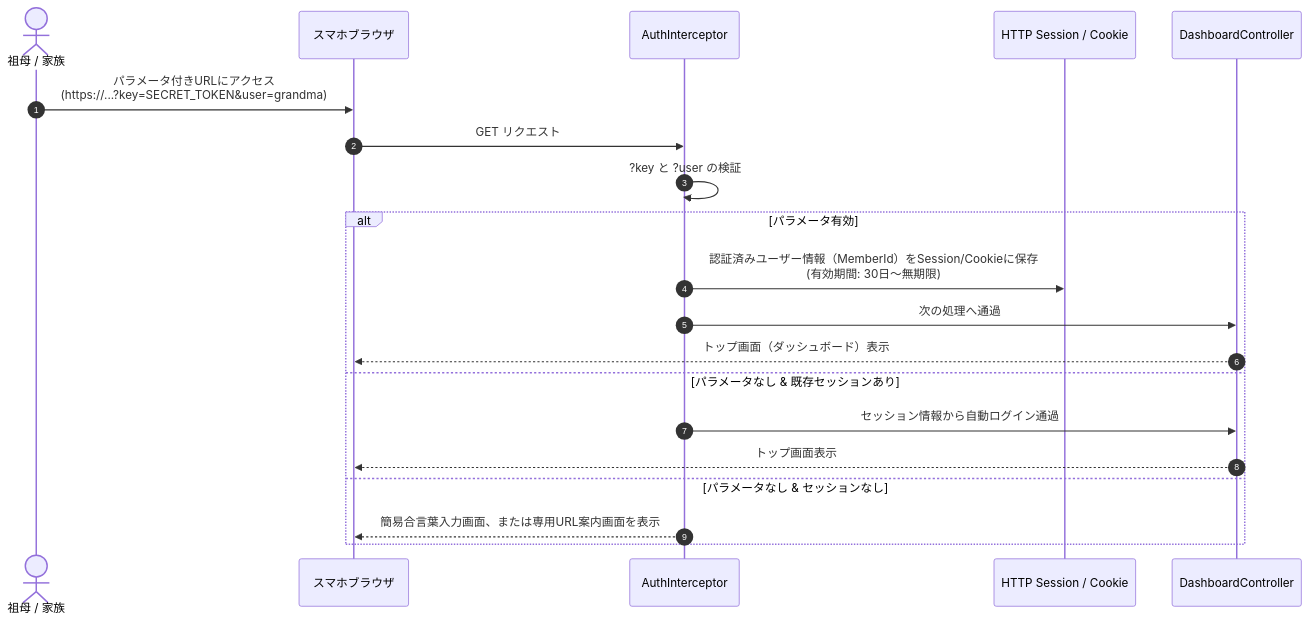
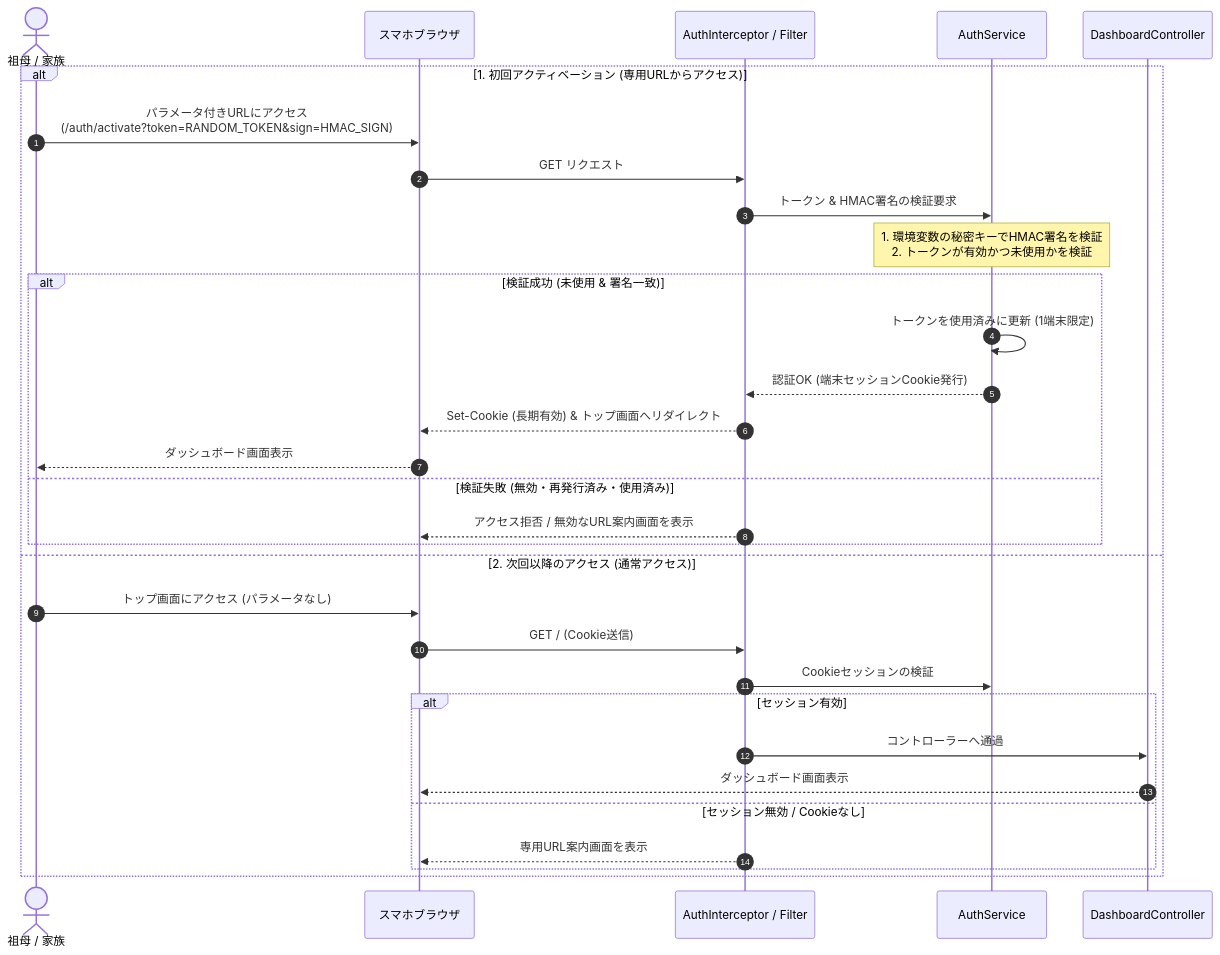
Before and after one commit to gantake11/rice-management: the second of 2 diagrams in doc/02_tech_stack/03_backend.md, drawn with Mermaid. The commit also changed other lines of this file and 3 other files, not shown here.

````diff
--- a/doc/02_tech_stack/03_backend.md
+++ b/doc/02_tech_stack/03_backend.md
@@ -85,23 +86,35 @@
 ```mermaid
 sequenceDiagram
     autonumber
     actor User as 祖母 / 家族
     participant Browser as スマホブラウザ
-    participant Interceptor as AuthInterceptor
-    participant Session as HTTP Session / Cookie
+    participant Interceptor as AuthInterceptor / Filter
+    participant Service as AuthService
     participant Controller as DashboardController
 
-    User->>Browser: パラメータ付きURLにアクセス<br>(https://...?key=SECRET_TOKEN&user=grandma)
-    Browser->>Interceptor: GET リクエスト
-    Interceptor->>Interceptor: ?key と ?user の検証
-    alt パラメータ有効
-        Interceptor->>Session: 認証済みユーザー情報（MemberId）をSession/Cookieに保存<br>(有効期間: 30日〜無期限)
-        Interceptor->>Controller: 次の処理へ通過
-        Controller-->>Browser: トップ画面（ダッシュボード）表示
-    else パラメータなし & 既存セッションあり
-        Interceptor->>Controller: セッション情報から自動ログイン通過
-        Controller-->>Browser: トップ画面表示
-    else パラメータなし & セッションなし
-        Interceptor-->>Browser: 簡易合言葉入力画面、または専用URL案内画面を表示
+    alt 1. 初回アクティベーション (専用URLからアクセス)
+        User->>Browser: パラメータ付きURLにアクセス<br>(/auth/activate?token=RANDOM_TOKEN&sign=HMAC_SIGN)
+        Browser->>Interceptor: GET リクエスト
+        Interceptor->>Service: トークン & HMAC署名の検証要求
+        Note over Service: 1. 環境変数の秘密キーでHMAC署名を検証<br/>2. トークンが有効かつ未使用かを検証
+        alt 検証成功 (未使用 & 署名一致)
+            Service->>Service: トークンを使用済みに更新 (1端末限定)
+            Service-->>Interceptor: 認証OK (端末セッションCookie発行)
+            Interceptor-->>Browser: Set-Cookie (長期有効) & トップ画面へリダイレクト
+            Browser-->>User: ダッシュボード画面表示
+        else 検証失敗 (無効・再発行済み・使用済み)
+            Interceptor-->>Browser: アクセス拒否 / 無効なURL案内画面を表示
+        end
+
+    else 2. 次回以降のアクセス (通常アクセス)
+        User->>Browser: トップ画面にアクセス (パラメータなし)
+        Browser->>Interceptor: GET / (Cookie送信)
+        Interceptor->>Service: Cookieセッションの検証
+        alt セッション有効
+            Interceptor->>Controller: コントローラーへ通過
+            Controller-->>Browser: ダッシュボード画面表示
+        else セッション無効 / Cookieなし
+            Interceptor-->>Browser: 専用URL案内画面を表示
+        end
     end
 ```
````
